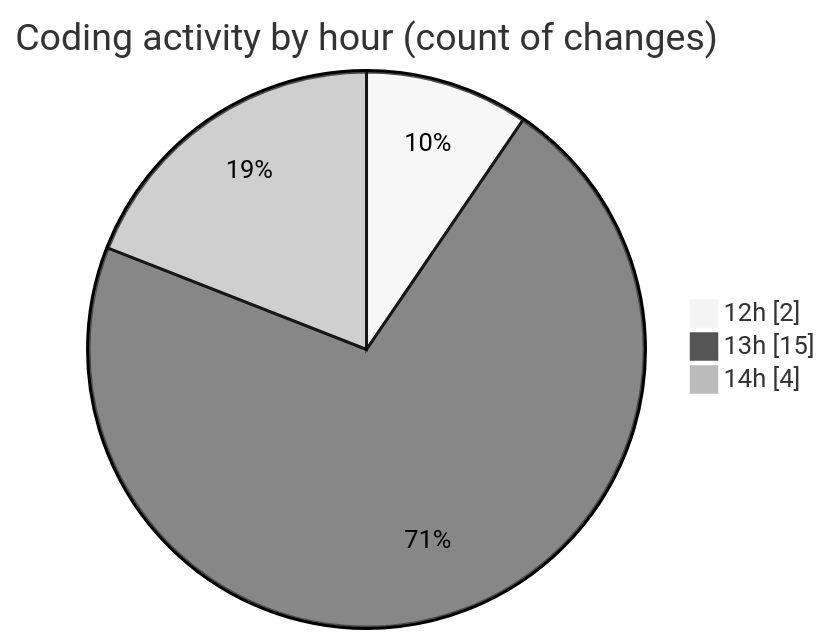
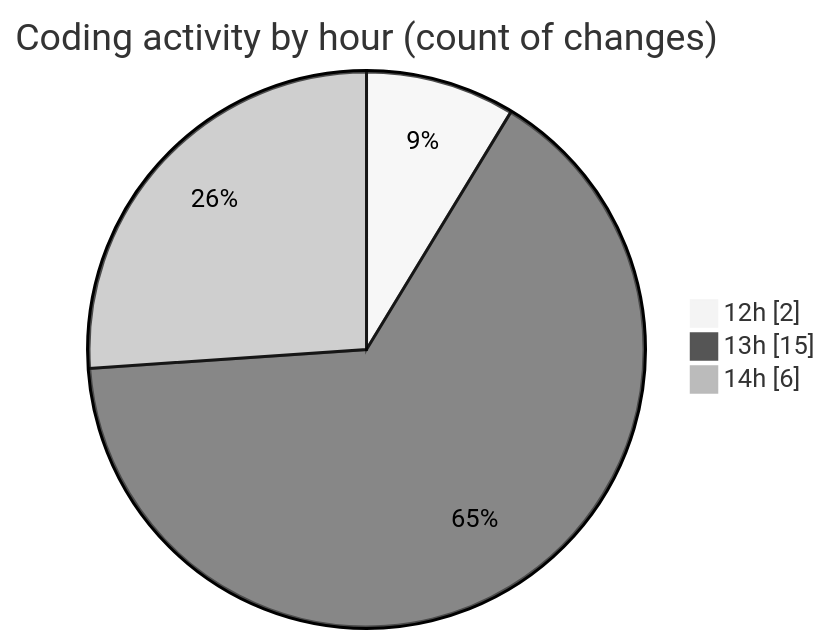
Before and after one commit to idhammustaqopulfikri/code-tracking: the second of 2 diagrams in 2025-11-13/futsal-recommender/README.md, drawn with Mermaid (neutral theme). The commit also changed other lines of this file and 1 other file, not shown here.

````diff
--- a/2025-11-13/futsal-recommender/README.md
+++ b/2025-11-13/futsal-recommender/README.md
@@ -35,7 +36,7 @@
 ```mermaid
 pie showData
 title Coding activity by hour (count of changes)
 "12h" : 2
 "13h" : 15
-"14h" : 4
+"14h" : 6
 ```
````
